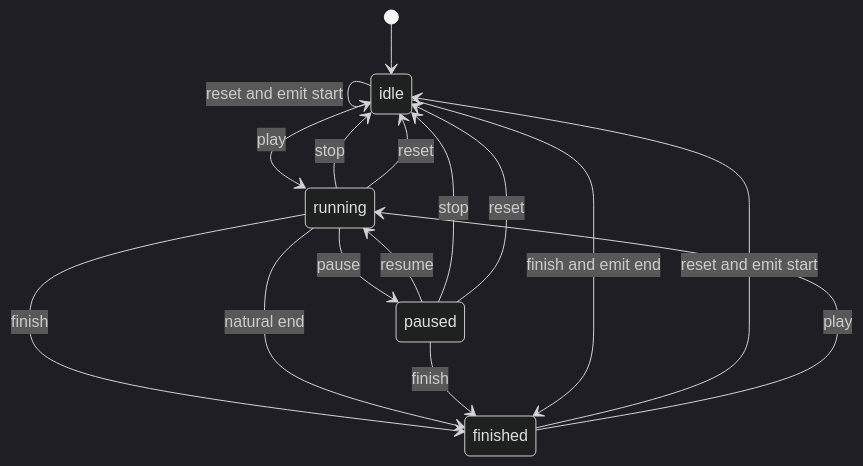
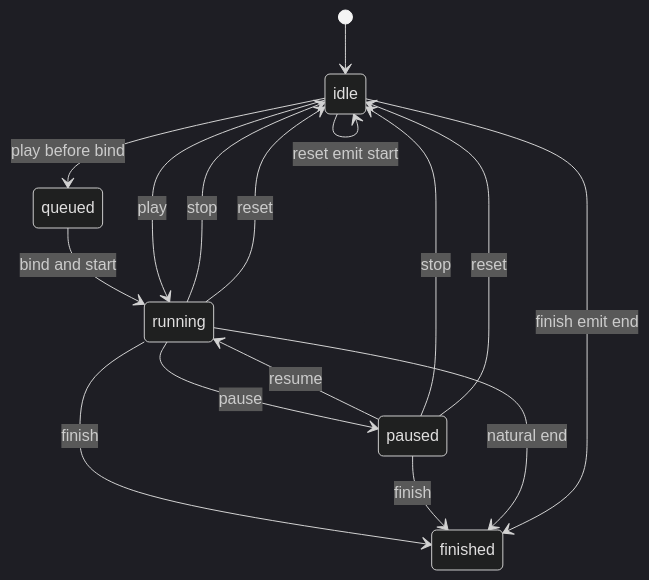
Before and after one commit to webspatial/webspatial-sdk: the second of 2 diagrams in openspec/changes/spatialized-element-motion-api/design.md, drawn with Mermaid (dark theme). The commit also changed other lines of this file and 1 other file, not shown here.

````diff
--- a/openspec/changes/spatialized-element-motion-api/design.md
+++ b/openspec/changes/spatialized-element-motion-api/design.md
@@ -134,18 +478,18 @@
 ```mermaid
 stateDiagram-v2
     [*] --> idle
+    idle --> queued : play before bind
+    queued --> running : bind and start
     idle --> running : play
     running --> paused : pause
+    paused --> running : resume
     running --> idle : stop
     running --> idle : reset
-    running --> finished : finish
-    running --> finished : natural end
-    paused --> running : resume
     paused --> idle : stop
     paused --> idle : reset
+    running --> finished : finish
     paused --> finished : finish
-    idle --> idle : reset and emit start
-    idle --> finished : finish and emit end
-    finished --> idle : reset and emit start
-    finished --> running : play
+    running --> finished : natural end
+    idle --> idle : reset emit start
+    idle --> finished : finish emit end
 ```
````
